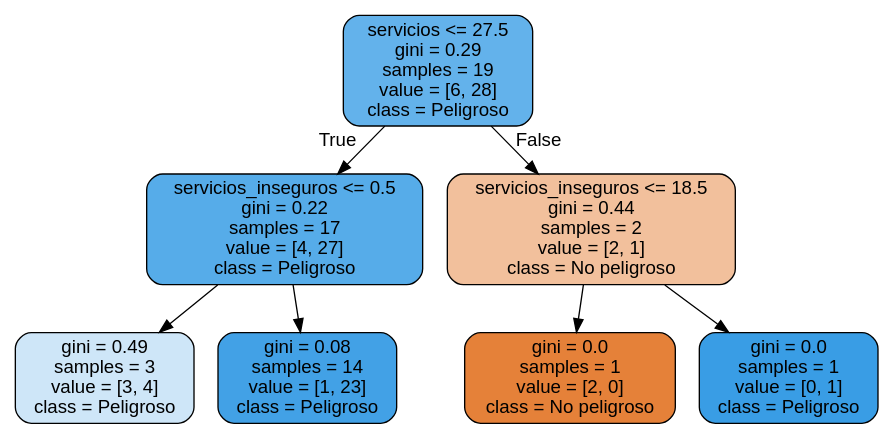
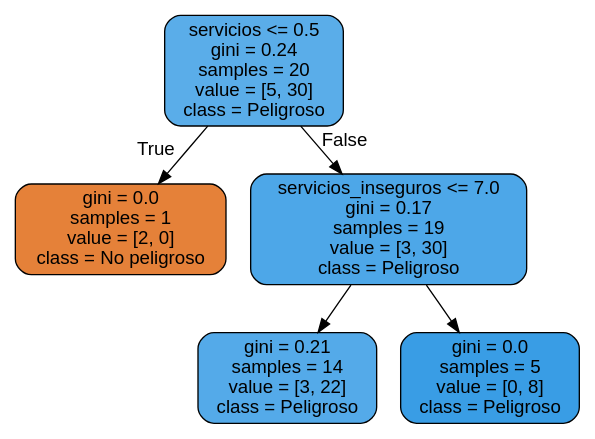
The diagram in ejercicio5/tree.dot (siciliagc/Sistemas-de-Informaci-n), drawn with Graphviz before and after one commit. The commit also changed 15 other files, not shown here.

```diff
--- a/ejercicio5/tree.dot
+++ b/ejercicio5/tree.dot
@@ -1,17 +1,13 @@
 digraph Tree {
 node [shape=box, style="filled, rounded", color="black", fontname="helvetica"] ;
 edge [fontname="helvetica"] ;
-0 [label="servicios <= 27.5\ngini = 0.29\nsamples = 19\nvalue = [6, 28]\nclass = Peligroso", fillcolor="#63b2eb"] ;
-1 [label="servicios_inseguros <= 0.5\ngini = 0.22\nsamples = 17\nvalue = [4, 27]\nclass = Peligroso", fillcolor="#56ace9"] ;
+0 [label="servicios <= 0.5\ngini = 0.24\nsamples = 20\nvalue = [5, 30]\nclass = Peligroso", fillcolor="#5aade9"] ;
+1 [label="gini = 0.0\nsamples = 1\nvalue = [2, 0]\nclass = No peligroso", fillcolor="#e58139"] ;
 0 -> 1 [labeldistance=2.5, labelangle=45, headlabel="True"] ;
-2 [label="gini = 0.49\nsamples = 3\nvalue = [3, 4]\nclass = Peligroso", fillcolor="#cee6f8"] ;
-1 -> 2 ;
-3 [label="gini = 0.08\nsamples = 14\nvalue = [1, 23]\nclass = Peligroso", fillcolor="#42a1e6"] ;
-1 -> 3 ;
-4 [label="servicios_inseguros <= 18.5\ngini = 0.44\nsamples = 2\nvalue = [2, 1]\nclass = No peligroso", fillcolor="#f2c09c"] ;
-0 -> 4 [labeldistance=2.5, labelangle=-45, headlabel="False"] ;
-5 [label="gini = 0.0\nsamples = 1\nvalue = [2, 0]\nclass = No peligroso", fillcolor="#e58139"] ;
-4 -> 5 ;
-6 [label="gini = 0.0\nsamples = 1\nvalue = [0, 1]\nclass = Peligroso", fillcolor="#399de5"] ;
-4 -> 6 ;
+2 [label="servicios_inseguros <= 7.0\ngini = 0.17\nsamples = 19\nvalue = [3, 30]\nclass = Peligroso", fillcolor="#4da7e8"] ;
+0 -> 2 [labeldistance=2.5, labelangle=-45, headlabel="False"] ;
+3 [label="gini = 0.21\nsamples = 14\nvalue = [3, 22]\nclass = Peligroso", fillcolor="#54aae9"] ;
+2 -> 3 ;
+4 [label="gini = 0.0\nsamples = 5\nvalue = [0, 8]\nclass = Peligroso", fillcolor="#399de5"] ;
+2 -> 4 ;
 }
```
